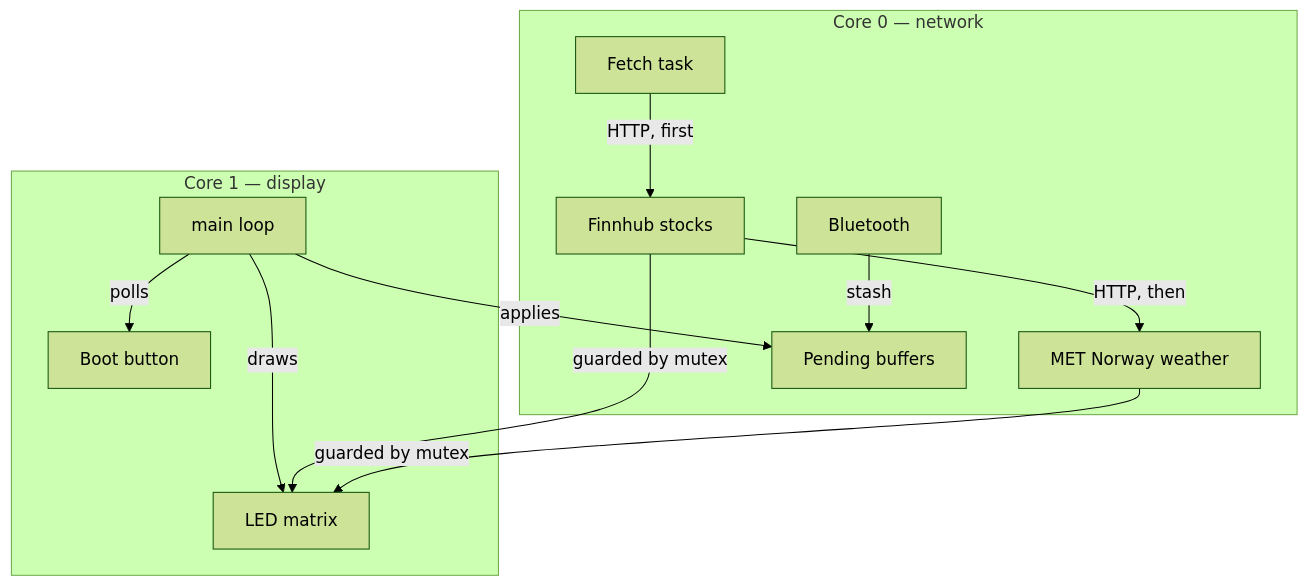
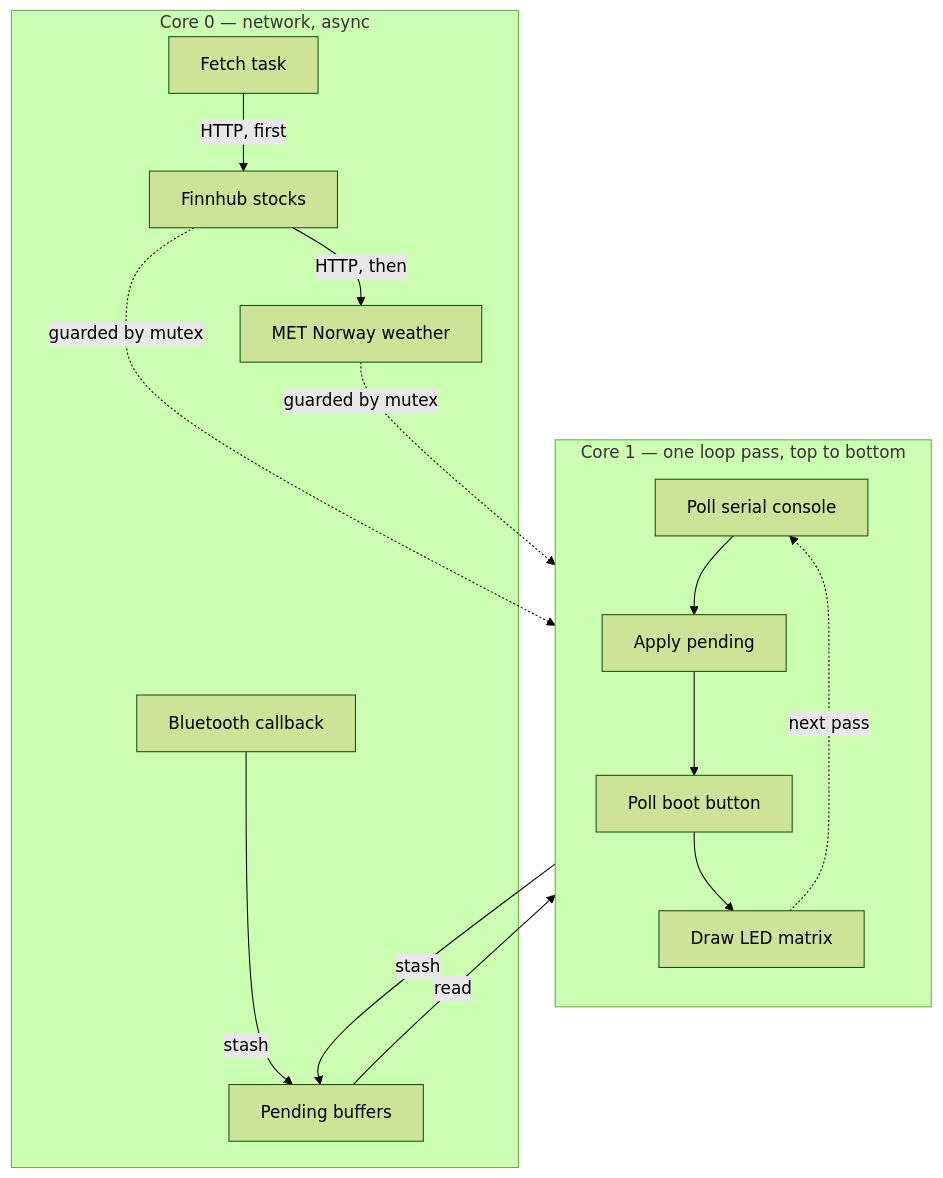
The first of 2 diagrams in firmware/FIRMWARE_GUIDE.md (jagluck/led-ticker), drawn with Mermaid (forest theme) before and after one commit. The commit also changed other lines of this file, not shown here.

Commit message:
docs(firmware): redraw core diagram to show Core 1 loop is sequential, add serial console

````diff
--- a/firmware/FIRMWARE_GUIDE.md
+++ b/firmware/FIRMWARE_GUIDE.md
@@ -23,14 +23,18 @@
 ```mermaid
 graph TD
-    subgraph Core0 ["Core 0 — network"]
+    subgraph Core0 ["Core 0 — network, async"]
         A[Fetch task] -->|HTTP, first| B1[Finnhub stocks]
         B1 -->|HTTP, then| B2[MET Norway weather]
-        BLE[Bluetooth] -->|stash| Pend[Pending buffers]
+        BLE[Bluetooth callback] -->|stash| Pend[Pending buffers]
     end
-    subgraph Core1 ["Core 1 — display"]
-        Loop[main loop] -->|applies| Pend
-        Loop -->|draws| Disp[LED matrix]
-        Loop -->|polls| Btn[Boot button]
+    subgraph Core1 ["Core 1 — one loop pass, top to bottom"]
+        direction TB
+        Ser[Poll serial console] --> Apply[Apply pending]
+        Apply --> Btn[Poll boot button]
+        Btn --> Draw[Draw LED matrix]
+        Draw -.->|next pass| Ser
     end
-    B1 & B2 -->|guarded by mutex| Disp
+    Ser -->|stash| Pend
+    Pend -->|read| Apply
+    B1 & B2 -.->|guarded by mutex| Draw
 ```
````
